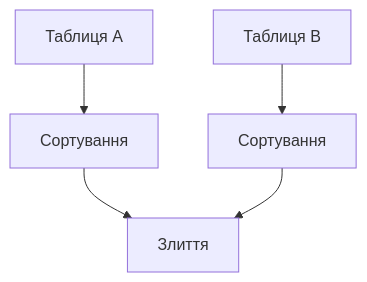
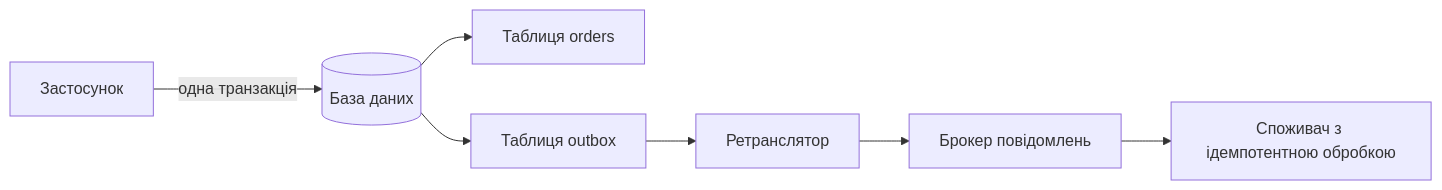
The ninth of 9 diagrams in presentations/presentation-08.md (olroi421/course-bd), drawn with Mermaid before and after one commit. The commit also changed other lines of this file and 10 other files, not shown here.

````diff
--- a/presentations/presentation-08.md
+++ b/presentations/presentation-08.md
@@ -162,7 +1264,9 @@
 ```mermaid
-graph TD
-    A[Таблиця A] --> B[Сортування]
-    C[Таблиця B] --> D[Сортування]
-    B --> E[Злиття]
-    D --> E
+graph LR
+    A[Застосунок] -->|"одна транзакція"| B[(База даних)]
+    B --> C[Таблиця orders]
+    B --> D[Таблиця outbox]
+    D --> E[Ретранслятор]
+    E --> F[Брокер повідомлень]
+    F --> G["Споживач з ідемпотентною обробкою"]
 ```
````
